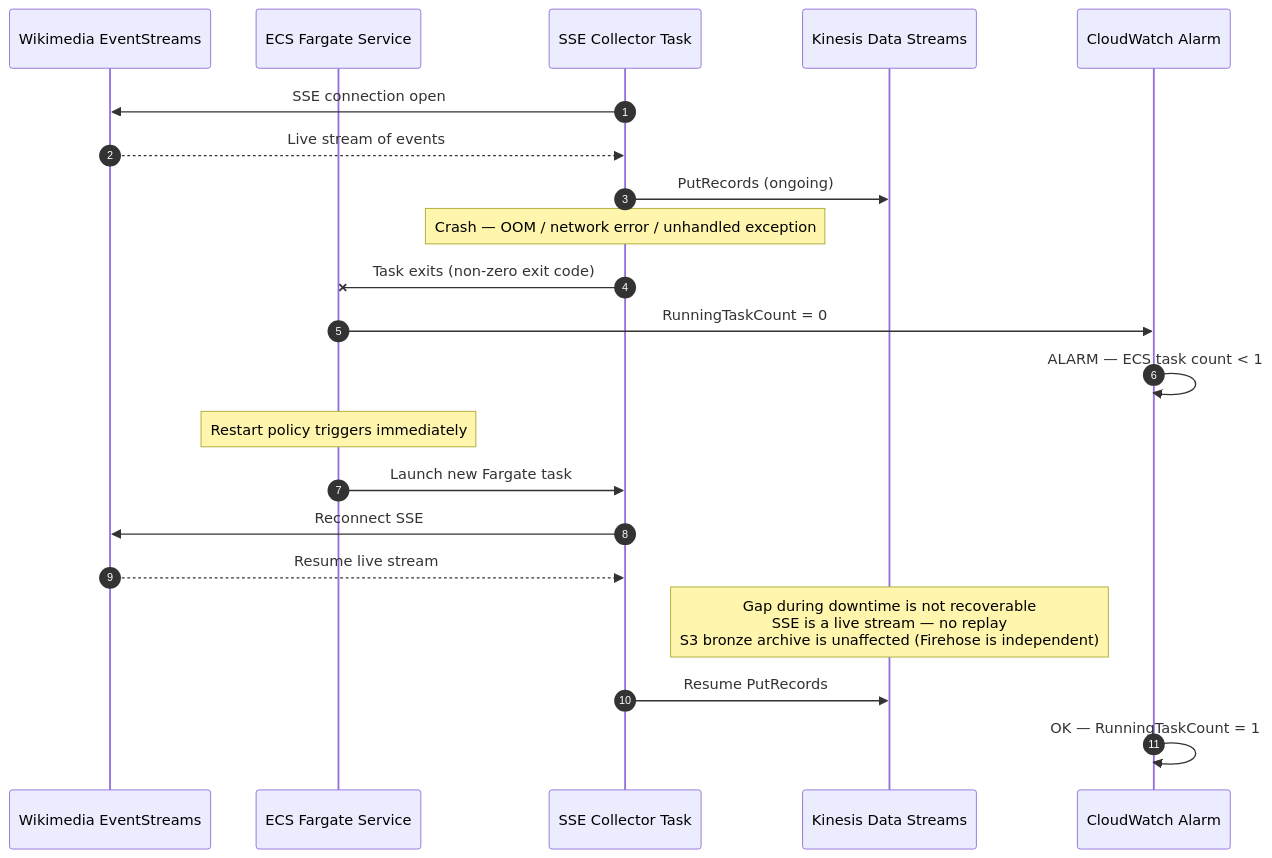
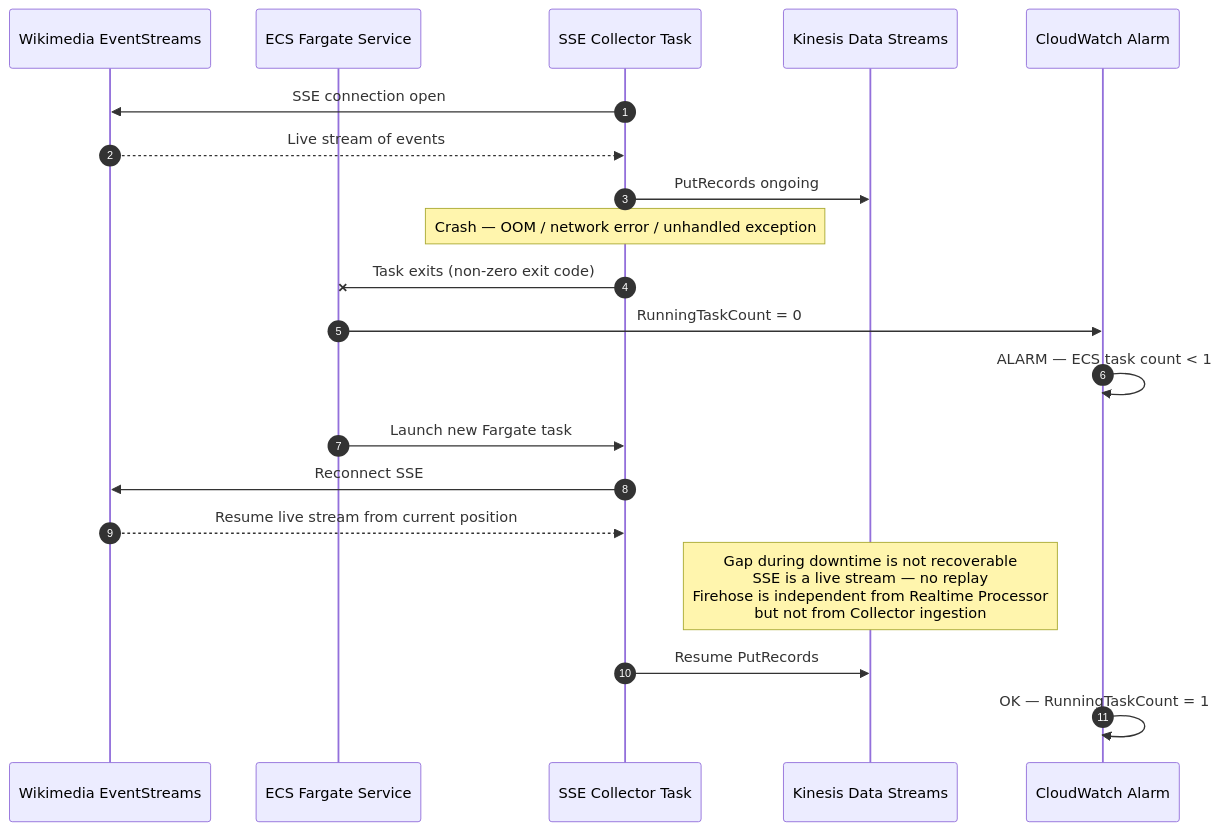
The fifth of 6 diagrams in documentation/sequence-diagrams.md (TalelKarim/realtime-media-analytics-platform), drawn with Mermaid before and after one commit. The commit also changed other lines of this file and 6 other files, not shown here.

Commit message:
docs: align streaming contracts and data lake architecture

````diff
--- a/documentation/sequence-diagrams.md
+++ b/documentation/sequence-diagrams.md
@@ -197,29 +189,28 @@
 ```mermaid
 sequenceDiagram
   autonumber
   participant Wiki as Wikimedia EventStreams
   participant ECS  as ECS Fargate Service
   participant Col  as SSE Collector Task
   participant KDS  as Kinesis Data Streams
   participant CW   as CloudWatch Alarm
 
   Col->>Wiki: SSE connection open
   Wiki-->>Col: Live stream of events
-  Col->>KDS: PutRecords (ongoing)
+  Col->>KDS: PutRecords ongoing
 
   Note over Col: Crash — OOM / network error / unhandled exception
 
   Col-xECS: Task exits (non-zero exit code)
   ECS->>CW: RunningTaskCount = 0
   CW->>CW: ALARM — ECS task count < 1
-  Note over ECS: Restart policy triggers immediately
 
   ECS->>Col: Launch new Fargate task
   Col->>Wiki: Reconnect SSE
-  Wiki-->>Col: Resume live stream
+  Wiki-->>Col: Resume live stream from current position
 
-  Note over KDS: Gap during downtime is not recoverable<br/>SSE is a live stream — no replay<br/>S3 bronze archive is unaffected (Firehose is independent)
+  Note over KDS: Gap during downtime is not recoverable<br/>SSE is a live stream — no replay<br/>Firehose is independent from Realtime Processor<br/>but not from Collector ingestion
 
   Col->>KDS: Resume PutRecords
   CW->>CW: OK — RunningTaskCount = 1
 ```
````
